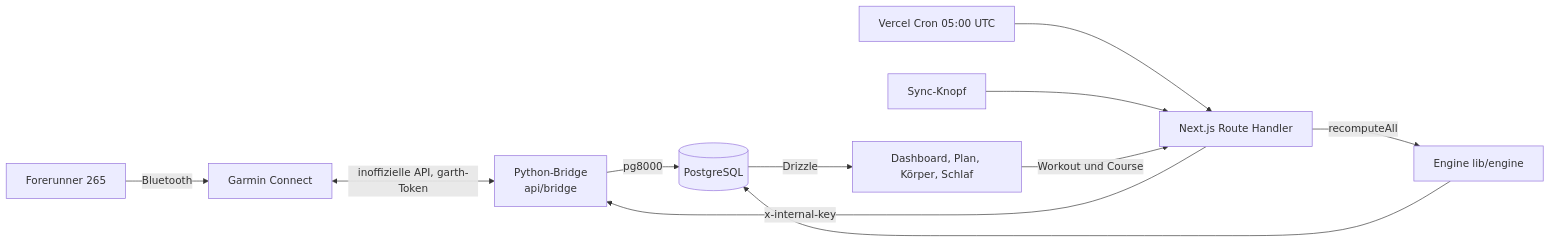
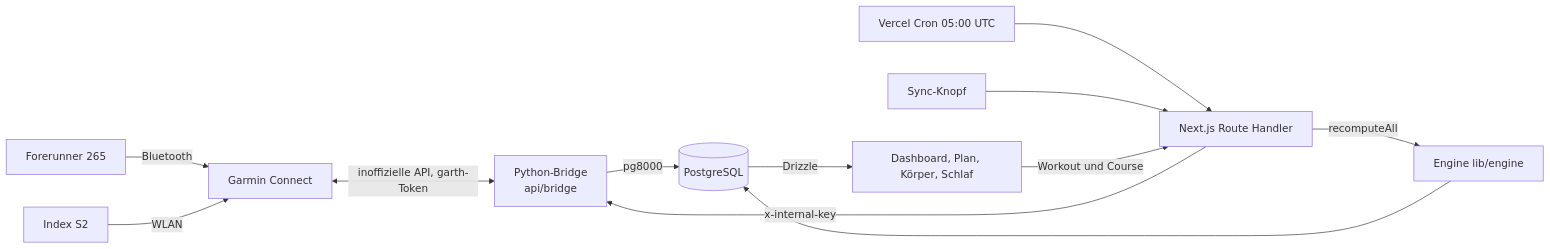
One commit to bien187/garmin-hub changed the diagram in README.md. Above: the diagram before and after it, drawn with Mermaid. The commit also changed other lines of this file and 383 other files, not shown here.

````diff
--- a/README.md
+++ b/README.md
@@ -459,13 +444,14 @@
 ```mermaid
 flowchart LR
   Uhr[Forerunner 265] -->|Bluetooth| GC[Garmin Connect]
+  Waage[Index S2] -->|WLAN| GC
   GC <-->|inoffizielle API, garth-Token| Bridge[Python-Bridge<br>api/bridge]
   Cron[Vercel Cron 05:00 UTC] --> Next
   Knopf[Sync-Knopf] --> Next
   Next[Next.js Route Handler] -->|x-internal-key| Bridge
   Bridge -->|pg8000| DB[(PostgreSQL)]
   Next -->|recomputeAll| Engine[Engine lib/engine]
   Engine --> DB
   DB -->|Drizzle| UI[Dashboard, Plan, Körper, Schlaf]
   UI -->|Workout und Course| Next
 ```
````
